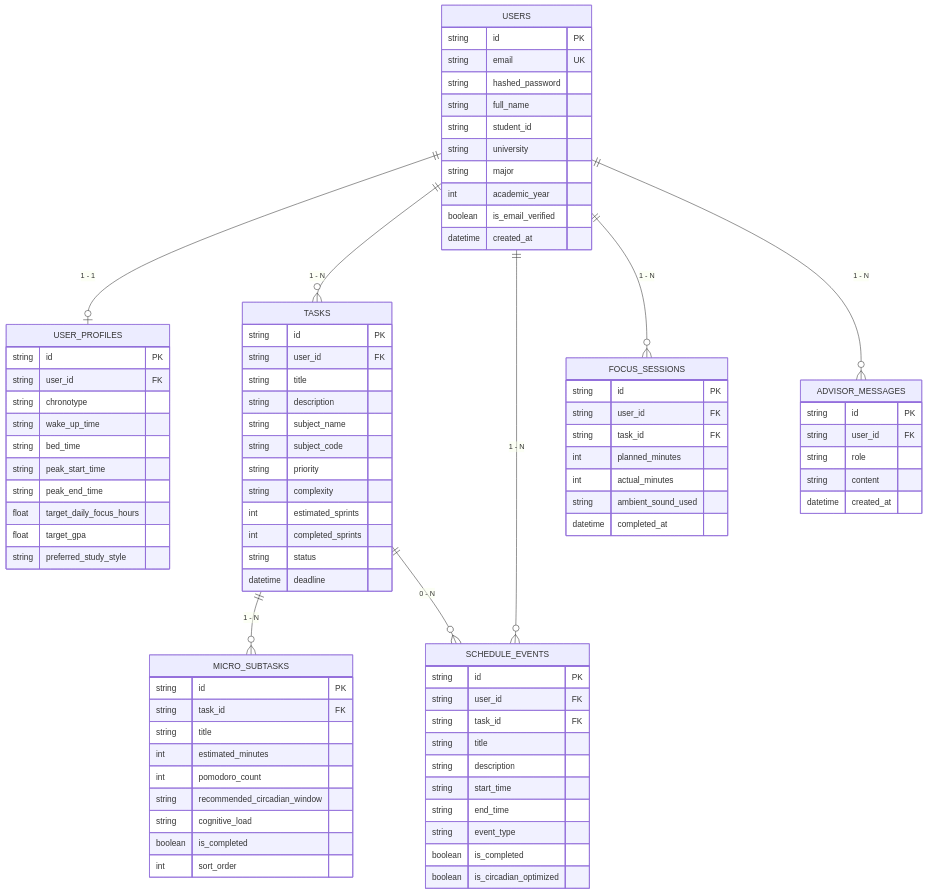
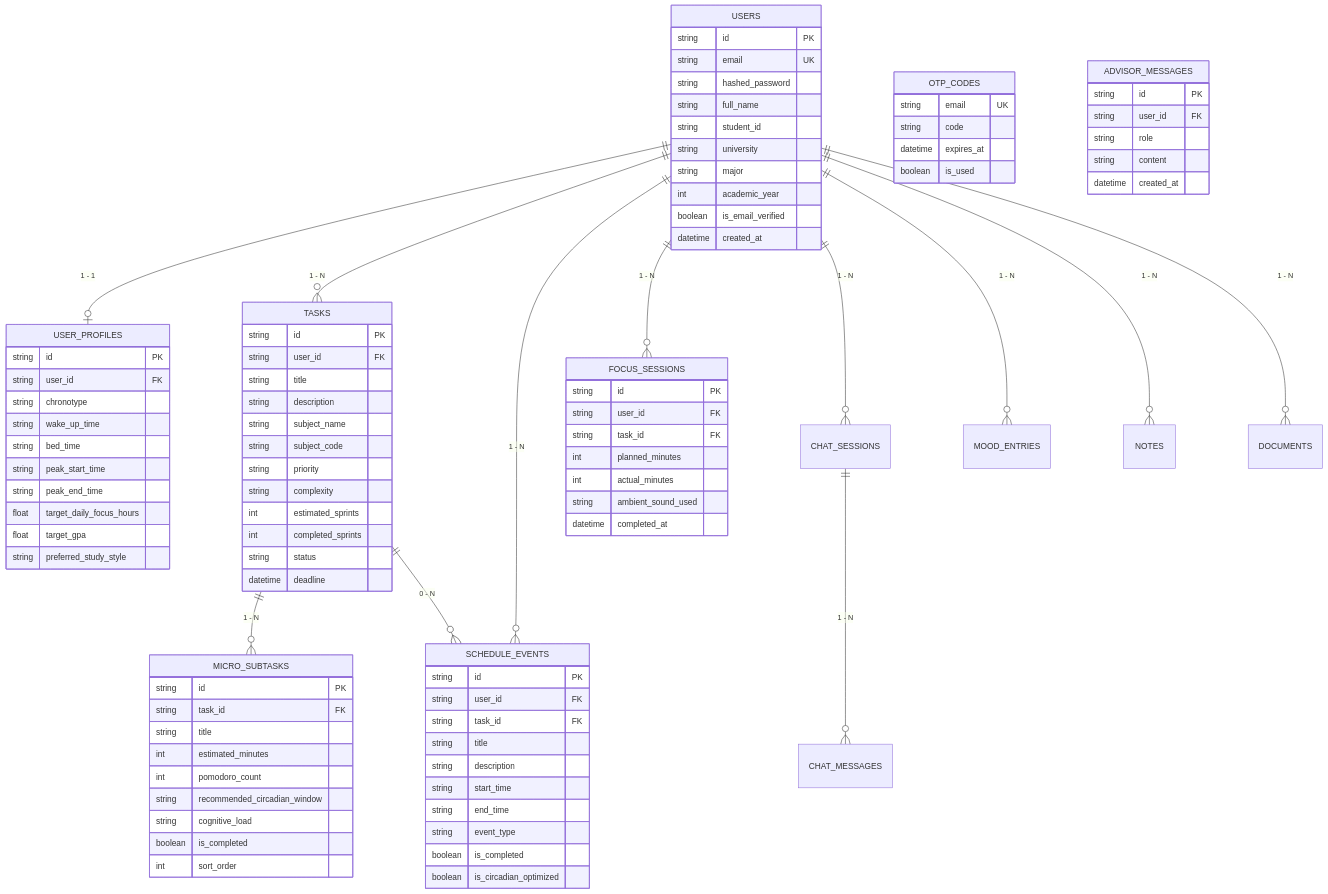
Before and after one commit to cakho6179/EXE_Studio: the diagram in docs/BAO_CAO_DO_AN.md, drawn with Mermaid. The commit also changed other lines of this file and 47 other files, not shown here.

```diff
--- a/docs/BAO_CAO_DO_AN.md
+++ b/docs/BAO_CAO_DO_AN.md
@@ -61,9 +61,19 @@
     USERS ||--o{ TASKS : "1 - N"
     USERS ||--o{ SCHEDULE_EVENTS : "1 - N"
     USERS ||--o{ FOCUS_SESSIONS : "1 - N"
-    USERS ||--o{ ADVISOR_MESSAGES : "1 - N"
+    USERS ||--o{ CHAT_SESSIONS : "1 - N"
+    USERS ||--o{ MOOD_ENTRIES : "1 - N"
+    USERS ||--o{ NOTES : "1 - N"
+    USERS ||--o{ DOCUMENTS : "1 - N"
+    CHAT_SESSIONS ||--o{ CHAT_MESSAGES : "1 - N"
     TASKS ||--o{ MICRO_SUBTASKS : "1 - N"
     TASKS ||--o{ SCHEDULE_EVENTS : "0 - N"
+    OTP_CODES {
+        string email UK
+        string code
+        datetime expires_at
+        boolean is_used
+    }
 
     USERS {
         string id PK
```
